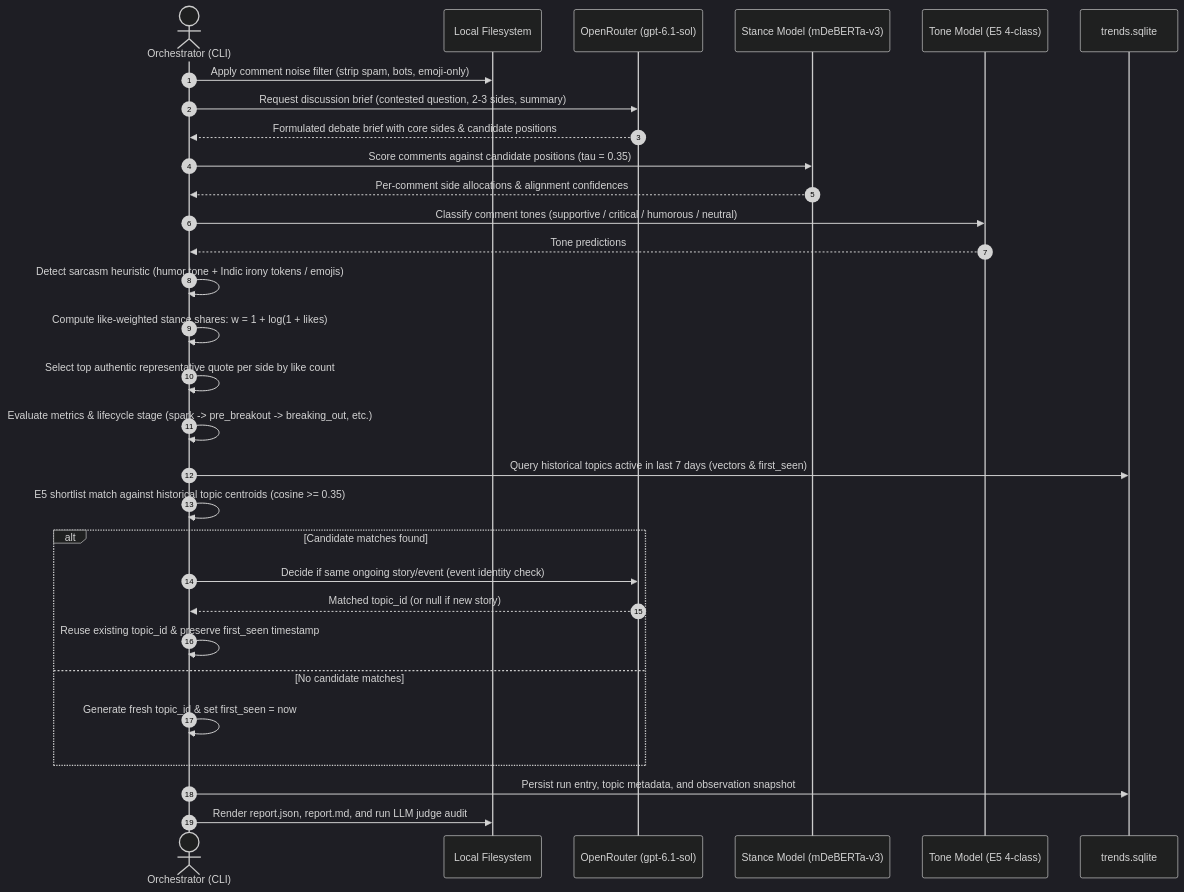
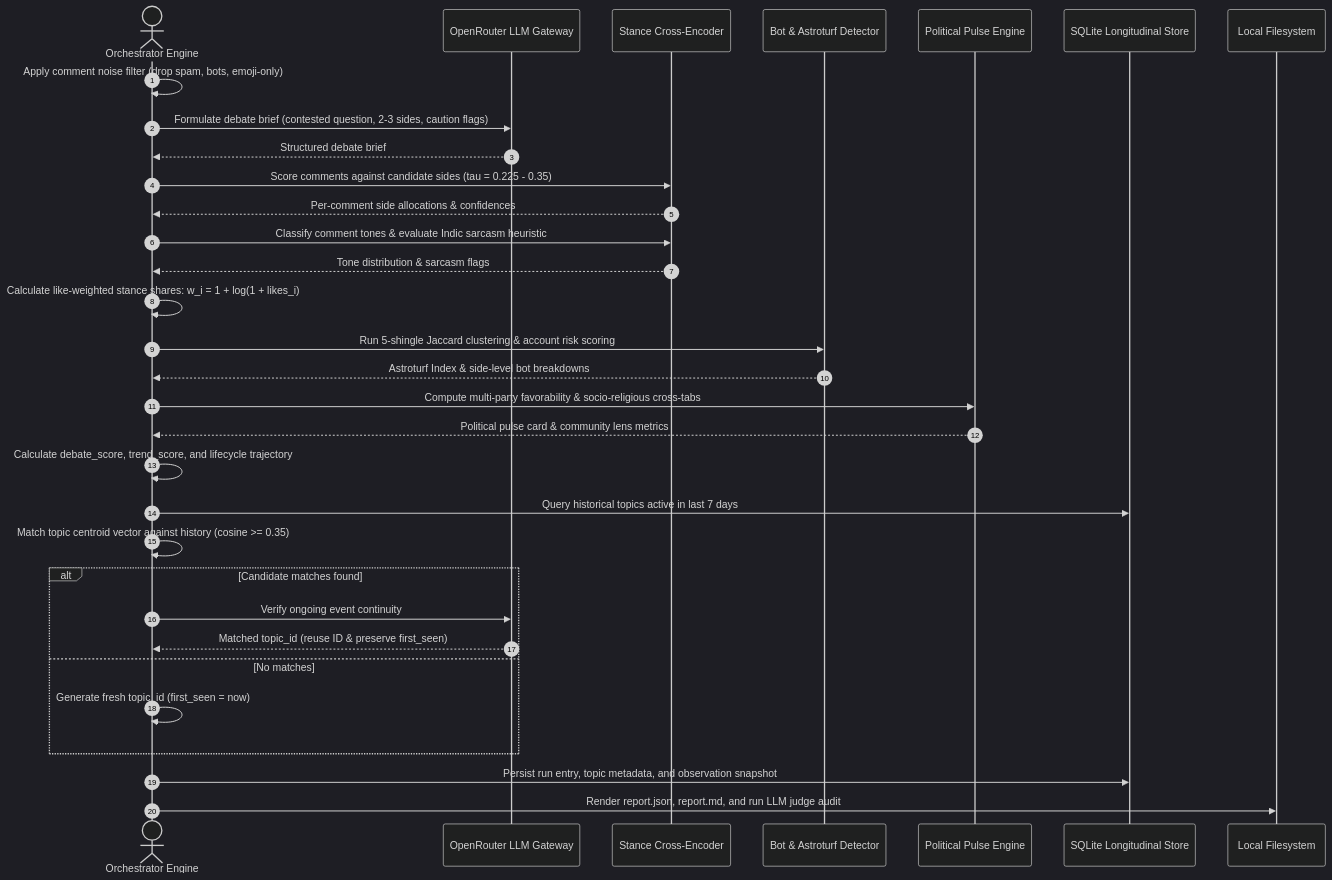
Diagram 17 of 18 in docs/ARCHITECTURE.md (shankha06/identify-what-matters), drawn with Mermaid (dark theme) before and after one commit. The commit also changed other lines of this file and 21 other files, not shown here.

First line of the commit message:
Add taxonomy, trend engine, and VM trainer for trend analysis

````diff
--- a/docs/ARCHITECTURE.md
+++ b/docs/ARCHITECTURE.md
@@ -567,33 +791,35 @@
 ```mermaid
 sequenceDiagram
     autonumber
-    actor CLI as Orchestrator (CLI)
+    actor CLI as Orchestrator Engine
+    participant OR as OpenRouter LLM Gateway
+    participant STANCE as Stance Cross-Encoder
+    participant BOT as Bot & Astroturf Detector
+    participant PULSE as Political Pulse Engine
+    participant DB as SQLite Longitudinal Store
     participant FS as Local Filesystem
-    participant LLM as OpenRouter (gpt-6.1-sol)
-    participant DEB as Stance Model (mDeBERTa-v3)
-    participant TONE as Tone Model (E5 4-class)
-    participant DB as trends.sqlite
 
-    CLI->>FS: Apply comment noise filter (strip spam, bots, emoji-only)
-    CLI->>LLM: Request discussion brief (contested question, 2-3 sides, summary)
-    LLM-->>CLI: Formulated debate brief with core sides & candidate positions
-    CLI->>DEB: Score comments against candidate positions (tau = 0.35)
-    DEB-->>CLI: Per-comment side allocations & alignment confidences
-    CLI->>TONE: Classify comment tones (supportive / critical / humorous / neutral)
-    TONE-->>CLI: Tone predictions
-    CLI->>CLI: Detect sarcasm heuristic (humor tone + Indic irony tokens / emojis)
-    CLI->>CLI: Compute like-weighted stance shares: w = 1 + log(1 + likes)
-    CLI->>CLI: Select top authentic representative quote per side by like count
-    CLI->>CLI: Evaluate metrics & lifecycle stage (spark -> pre_breakout -> breaking_out, etc.)
-    CLI->>DB: Query historical topics active in last 7 days (vectors & first_seen)
-    CLI->>CLI: E5 shortlist match against historical topic centroids (cosine >= 0.35)
+    CLI->>CLI: Apply comment noise filter (drop spam, bots, emoji-only)
+    CLI->>OR: Formulate debate brief (contested question, 2-3 sides, caution flags)
+    OR-->>CLI: Structured debate brief
+    CLI->>STANCE: Score comments against candidate sides (tau = 0.225 - 0.35)
+    STANCE-->>CLI: Per-comment side allocations & confidences
+    CLI->>STANCE: Classify comment tones & evaluate Indic sarcasm heuristic
+    STANCE-->>CLI: Tone distribution & sarcasm flags
+    CLI->>CLI: Calculate like-weighted stance shares: w_i = 1 + log(1 + likes_i)
+    CLI->>BOT: Run 5-shingle Jaccard clustering & account risk scoring
+    BOT-->>CLI: Astroturf Index & side-level bot breakdowns
+    CLI->>PULSE: Compute multi-party favorability & socio-religious cross-tabs
+    PULSE-->>CLI: Political pulse card & community lens metrics
+    CLI->>CLI: Calculate debate_score, trend_score, and lifecycle trajectory
+    CLI->>DB: Query historical topics active in last 7 days
+    CLI->>CLI: Match topic centroid vector against history (cosine >= 0.35)
     alt Candidate matches found
-        CLI->>LLM: Decide if same ongoing story/event (event identity check)
-        LLM-->>CLI: Matched topic_id (or null if new story)
-        CLI->>CLI: Reuse existing topic_id & preserve first_seen timestamp
-    else No candidate matches
-        CLI->>CLI: Generate fresh topic_id & set first_seen = now
+        CLI->>OR: Verify ongoing event continuity
+        OR-->>CLI: Matched topic_id (reuse ID & preserve first_seen)
+    else No matches
+        CLI->>CLI: Generate fresh topic_id (first_seen = now)
     end
     CLI->>DB: Persist run entry, topic metadata, and observation snapshot
     CLI->>FS: Render report.json, report.md, and run LLM judge audit
 ```
````
